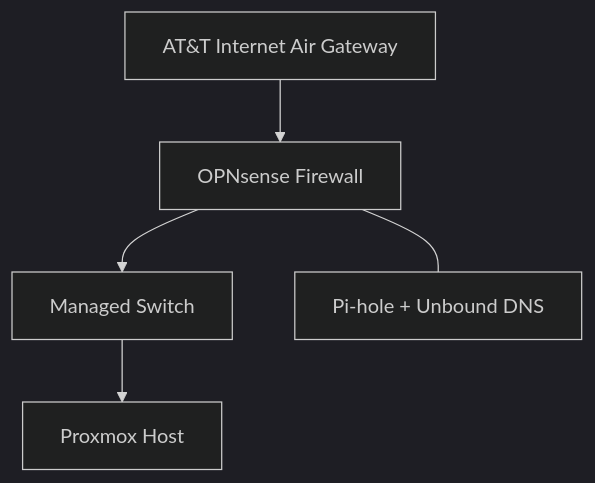
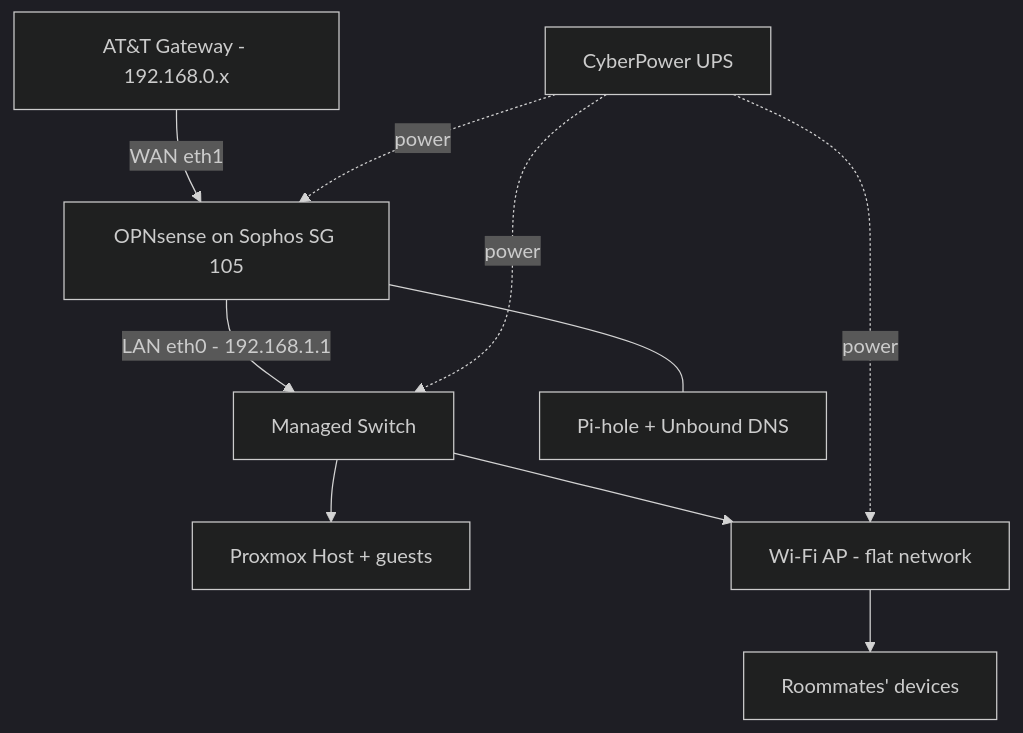
Before and after one commit to ethansnyderrr/The-Cloverdale-Network: the second of 2 diagrams in network/topology.md, drawn with Mermaid (dark theme). The commit also changed other lines of this file and 18 other files, not shown here.

Commit message:
Homelab update: CT 105–107, Windows VM, OPNsense firewall, roadmap

````diff
--- a/network/topology.md
+++ b/network/topology.md
@@ -20,7 +25,12 @@
 ```mermaid
 graph TD
-    ISP[AT&T Internet Air Gateway] --> FW[OPNsense Firewall]
-    FW --> SW[Managed Switch]
-    SW --> PVE[Proxmox Host]
+    ISP[AT&T Gateway - 192.168.0.x] -->|WAN eth1| FW[OPNsense on Sophos SG 105]
+    FW -->|LAN eth0 - 192.168.1.1| SW[Managed Switch]
+    SW --> PVE[Proxmox Host + guests]
+    SW --> AP[Wi-Fi AP - flat network]
+    AP --> CL[Roommates' devices]
     FW --- DNS[Pi-hole + Unbound DNS]
+    UPS[CyberPower UPS] -. power .-> FW
+    UPS -. power .-> SW
+    UPS -. power .-> AP
 ```
````
